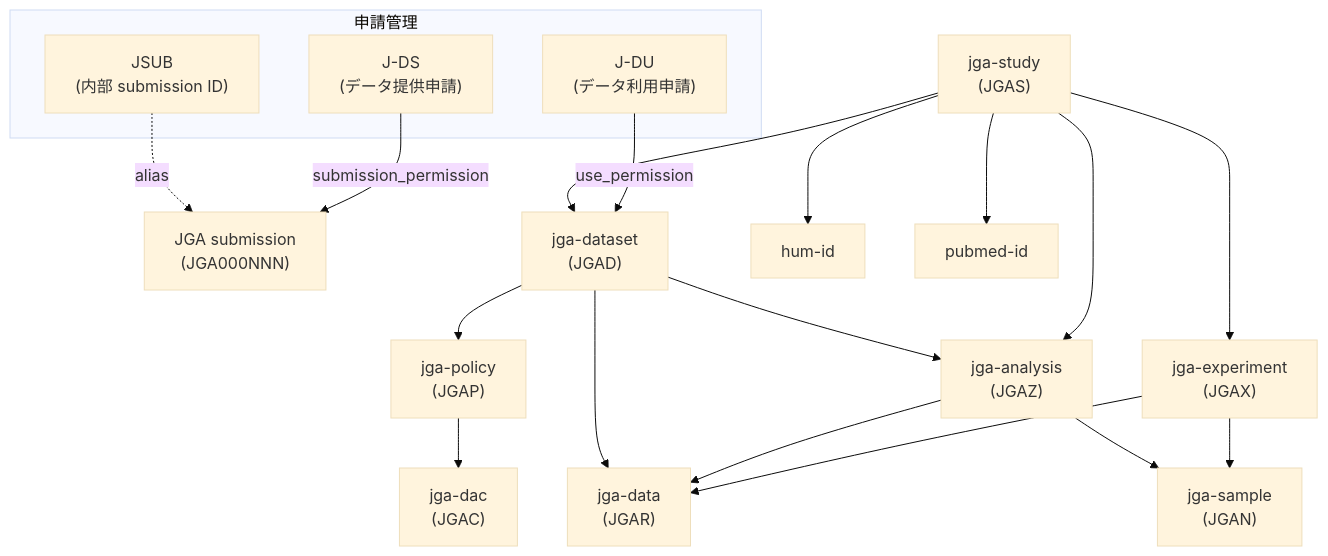
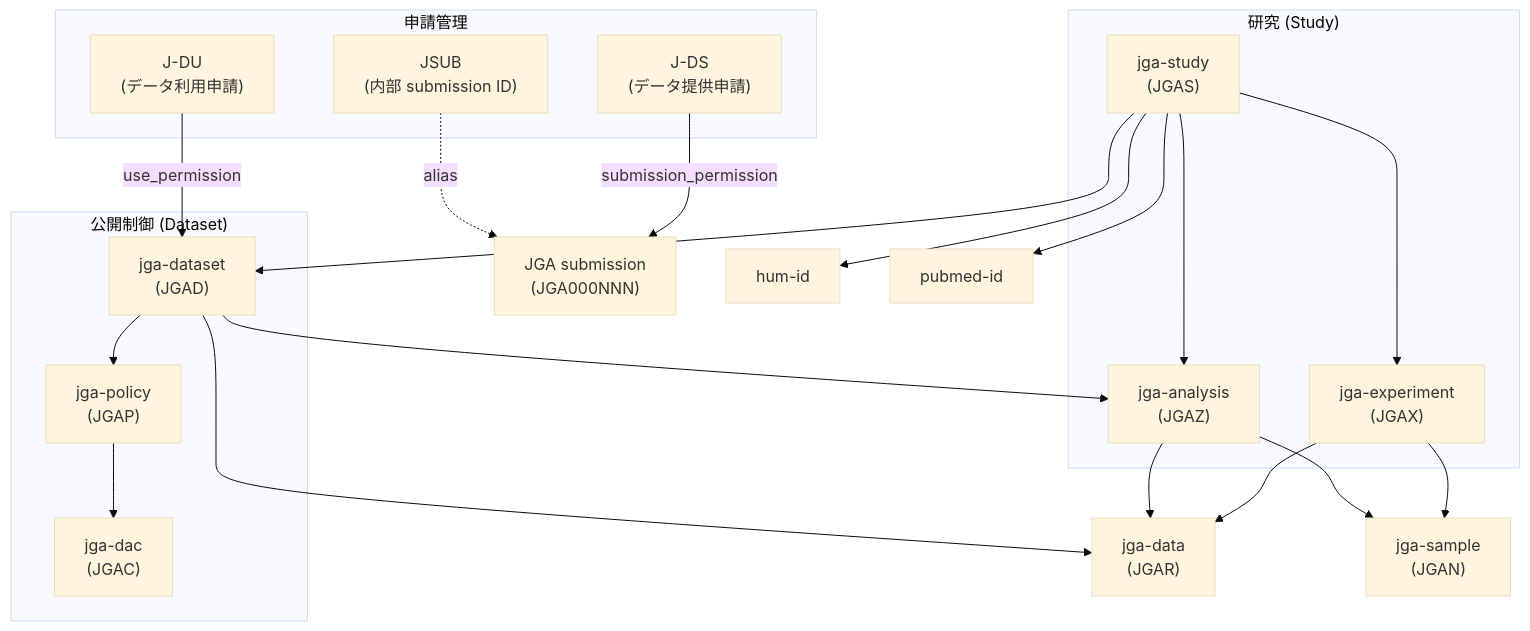
One commit to ddbj/record-idm changed the fourth of 5 diagrams in docs/relations.md. Above: the diagram before and after it, drawn with Mermaid (base theme). The commit also changed other lines of this file and 4 other files, not shown here.

Commit message:
Add related repository link to README, resolve open TODOs in record-status and data-model, restructure relations diagrams, and remove dblink references from edge tables

````diff
--- a/docs/relations.md
+++ b/docs/relations.md
@@ -122,27 +124,41 @@
 ```mermaid
 graph TD
     subgraph 申請管理
         JDS["J-DS<br>(データ提供申請)"]
         JDU["J-DU<br>(データ利用申請)"]
         JSUB["JSUB<br>(内部 submission ID)"]
     end
 
     JDS -->|submission_permission| JGA_sub["JGA submission<br>(JGA000NNN)"]
     JSUB -.->|alias| JGA_sub
     JDU -->|use_permission| JGAD
 
-    JGAS["jga-study<br>(JGAS)"] --> JGAX["jga-experiment<br>(JGAX)"]
-    JGAS --> JGAZ["jga-analysis<br>(JGAZ)"]
-    JGAS --> JGAD["jga-dataset<br>(JGAD)"]
+    subgraph "研究 (Study)"
+        JGAS["jga-study<br>(JGAS)"]
+        JGAX["jga-experiment<br>(JGAX)"]
+        JGAZ["jga-analysis<br>(JGAZ)"]
+    end
+
+    subgraph "公開制御 (Dataset)"
+        JGAD["jga-dataset<br>(JGAD)"]
+        JGAP["jga-policy<br>(JGAP)"]
+        JGAC["jga-dac<br>(JGAC)"]
+    end
+
+    JGAS --> JGAX
+    JGAS --> JGAZ
+    JGAS --> JGAD
+
     JGAX --> JGAR["jga-data<br>(JGAR)"]
     JGAX --> JGAN["jga-sample<br>(JGAN)"]
+    JGAZ --> JGAR
     JGAZ --> JGAN
-    JGAZ --> JGAR
+
     JGAD --> JGAR
     JGAD --> JGAZ
-    JGAD --> JGAP["jga-policy<br>(JGAP)"]
-    JGAP --> JGAC["jga-dac<br>(JGAC)"]
+    JGAD --> JGAP
+    JGAP --> JGAC
 
     JGAS --> hum["hum-id"]
     JGAS --> pubmed["pubmed-id"]
 ```
````
